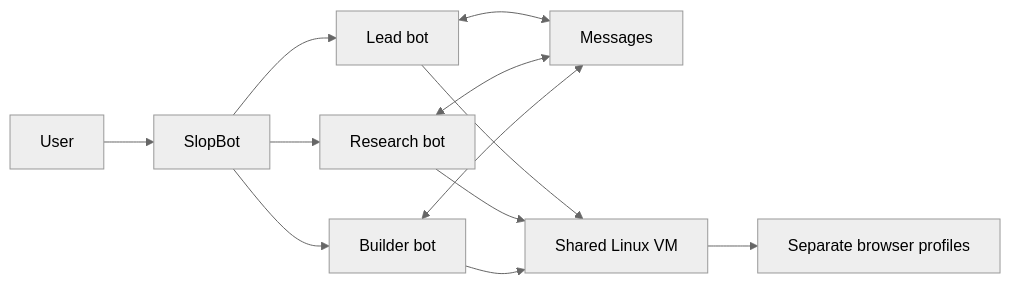
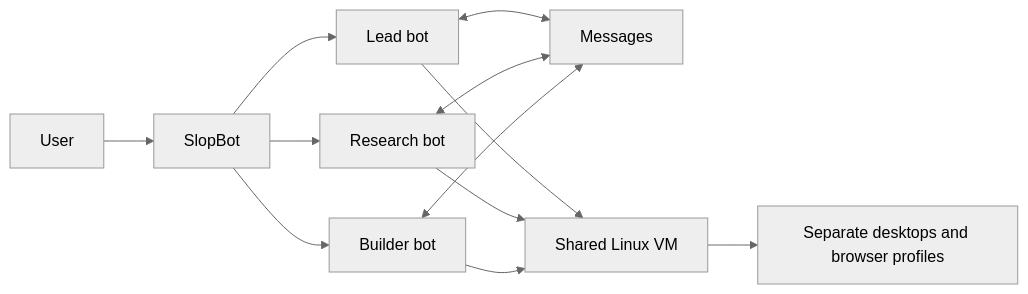
One commit to simonbalfe/slopbot changed the diagram in docs/roadmap.md. Above: the diagram before and after it, drawn with Mermaid (neutral theme). The commit also changed other lines of this file and 12 other files, not shown here.

````diff
--- a/docs/roadmap.md
+++ b/docs/roadmap.md
@@ -11,14 +11,14 @@
 ```mermaid
 flowchart LR
     U[User] --> S[SlopBot]
     S --> A[Lead bot]
     S --> B[Research bot]
     S --> C[Builder bot]
     A <--> M[Messages]
     B <--> M
     C <--> M
     A --> V[Shared Linux VM]
     B --> V
     C --> V
-    V --> P[Separate browser profiles]
+    V --> P[Separate desktops and browser profiles]
 ```
````
